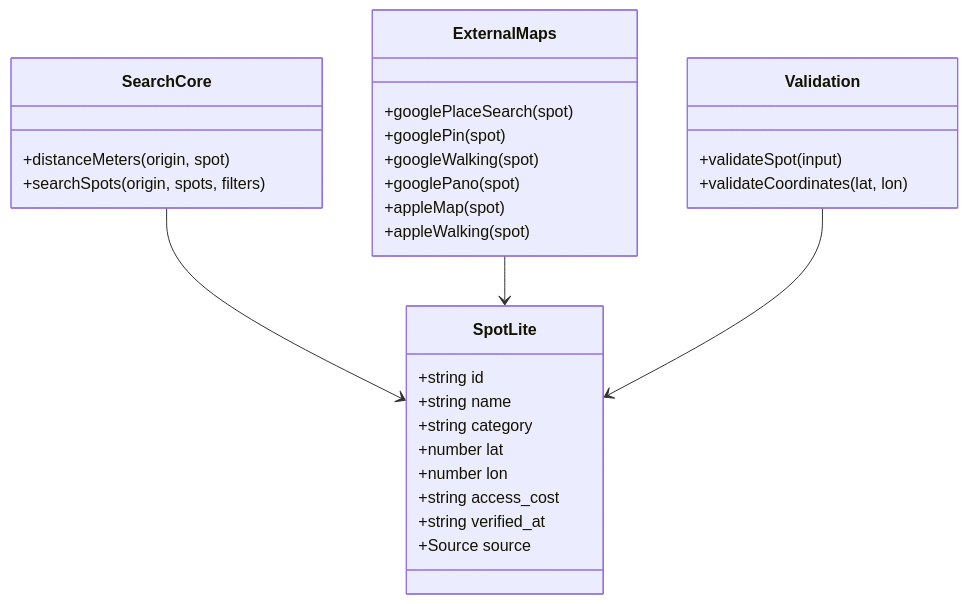
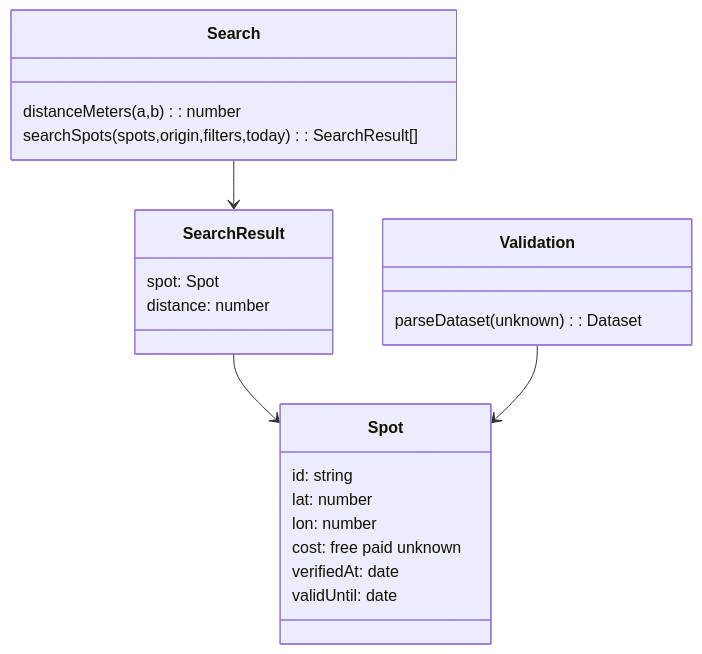
The fourth of 4 diagrams in docs/ARCHITECTURE.md (suzaking/lespot), drawn with Mermaid before and after one commit. The commit also changed other lines of this file and 69 other files, not shown here.

Commit message:
feat: implement static LeSpot search, linked map, CSV validation and test foundation

````diff
--- a/docs/ARCHITECTURE.md
+++ b/docs/ARCHITECTURE.md
@@ -61,32 +49,25 @@
 ```mermaid
 classDiagram
-  class SpotLite {
-    +string id
-    +string name
-    +string category
-    +number lat
-    +number lon
-    +string access_cost
-    +string verified_at
-    +Source source
-  }
-  class SearchCore {
-    +distanceMeters(origin, spot)
-    +searchSpots(origin, spots, filters)
-  }
-  class ExternalMaps {
-    +googlePlaceSearch(spot)
-    +googlePin(spot)
-    +googleWalking(spot)
-    +googlePano(spot)
-    +appleMap(spot)
-    +appleWalking(spot)
-  }
-  class Validation {
-    +validateSpot(input)
-    +validateCoordinates(lat, lon)
-  }
-  SearchCore --> SpotLite
-  ExternalMaps --> SpotLite
-  Validation --> SpotLite
+ class Spot {
+  id: string
+  lat: number
+  lon: number
+  cost: free paid unknown
+  verifiedAt: date
+  validUntil: date
+ }
+ class SearchResult {
+  spot: Spot
+  distance: number
+ }
+ class Validation {
+  parseDataset(unknown): Dataset
+ }
+ class Search {
+  distanceMeters(a,b): number
+  searchSpots(spots,origin,filters,today): SearchResult[]
+ }
+ SearchResult --> Spot
+ Search --> SearchResult
+ Validation --> Spot
 ```
````
